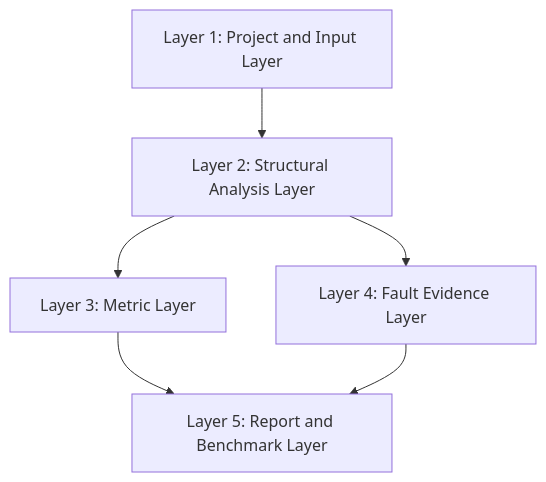
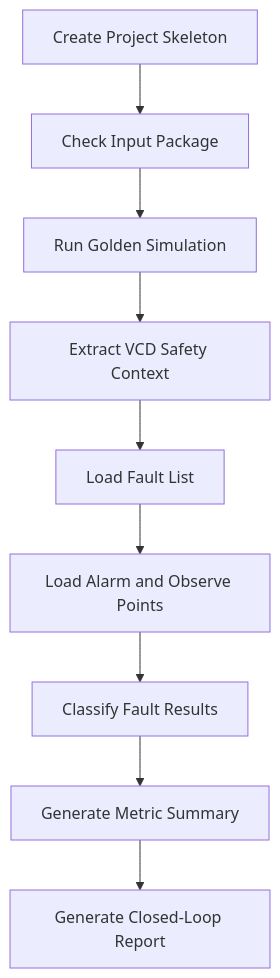
Before and after one commit to qiqixixi1001/automotive-safeic-practice: the eighth of 8 diagrams in articles/01_automotive_safeic_practice_d01_github_en_revised.md, drawn with Mermaid. The commit also changed other lines of this file, not shown here.

````diff
--- a/articles/01_automotive_safeic_practice_d01_github_en_revised.md
+++ b/articles/01_automotive_safeic_practice_d01_github_en_revised.md
@@ -411,14 +743,11 @@
 ```mermaid
-flowchart TB
-    A[Layer 1: Project and Input Layer]
-    B[Layer 2: Structural Analysis Layer]
-    C[Layer 3: Metric Layer]
-    D[Layer 4: Fault Evidence Layer]
-    E[Layer 5: Report and Benchmark Layer]
-
-    A --> B
-    B --> C
-    B --> D
-    C --> E
-    D --> E
+flowchart TD
+    A[Create Project Skeleton] --> B[Check Input Package]
+    B --> C[Run Golden Simulation]
+    C --> D[Extract VCD Safety Context]
+    D --> E[Load Fault List]
+    E --> F[Load Alarm and Observe Points]
+    F --> G[Classify Fault Results]
+    G --> H[Generate Metric Summary]
+    H --> I[Generate Closed-Loop Report]
 ```
````
